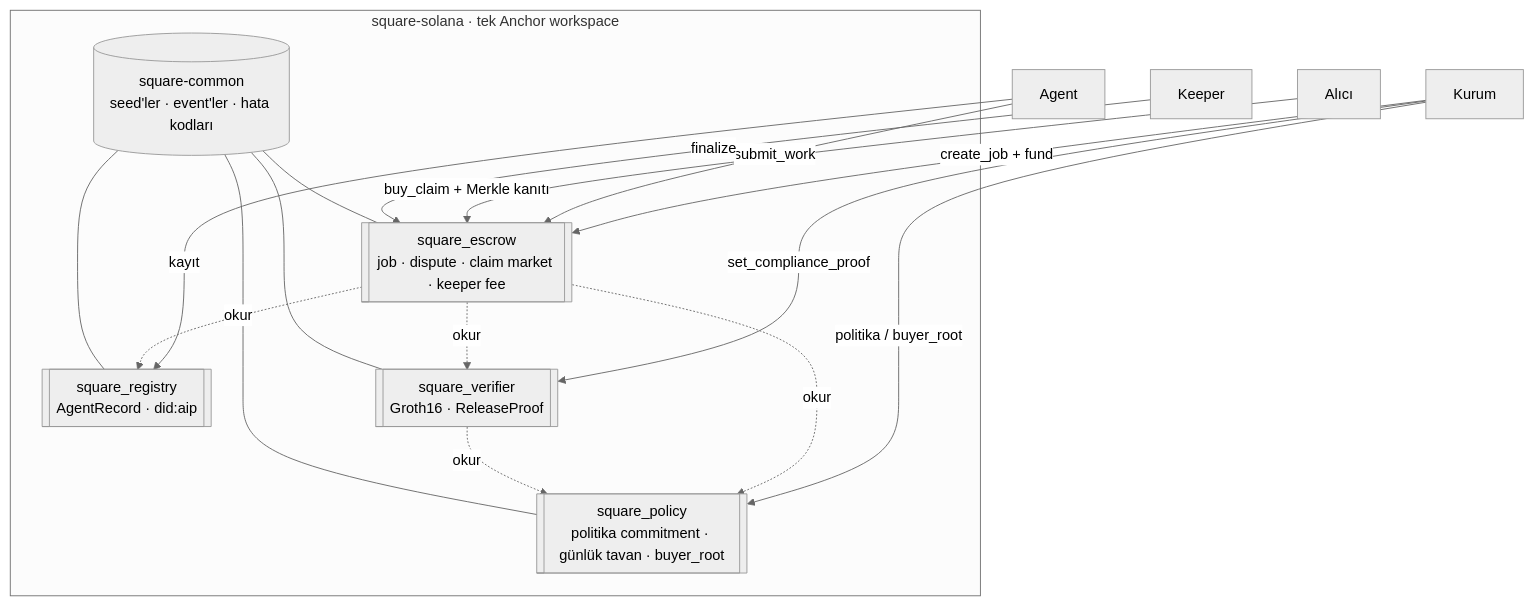
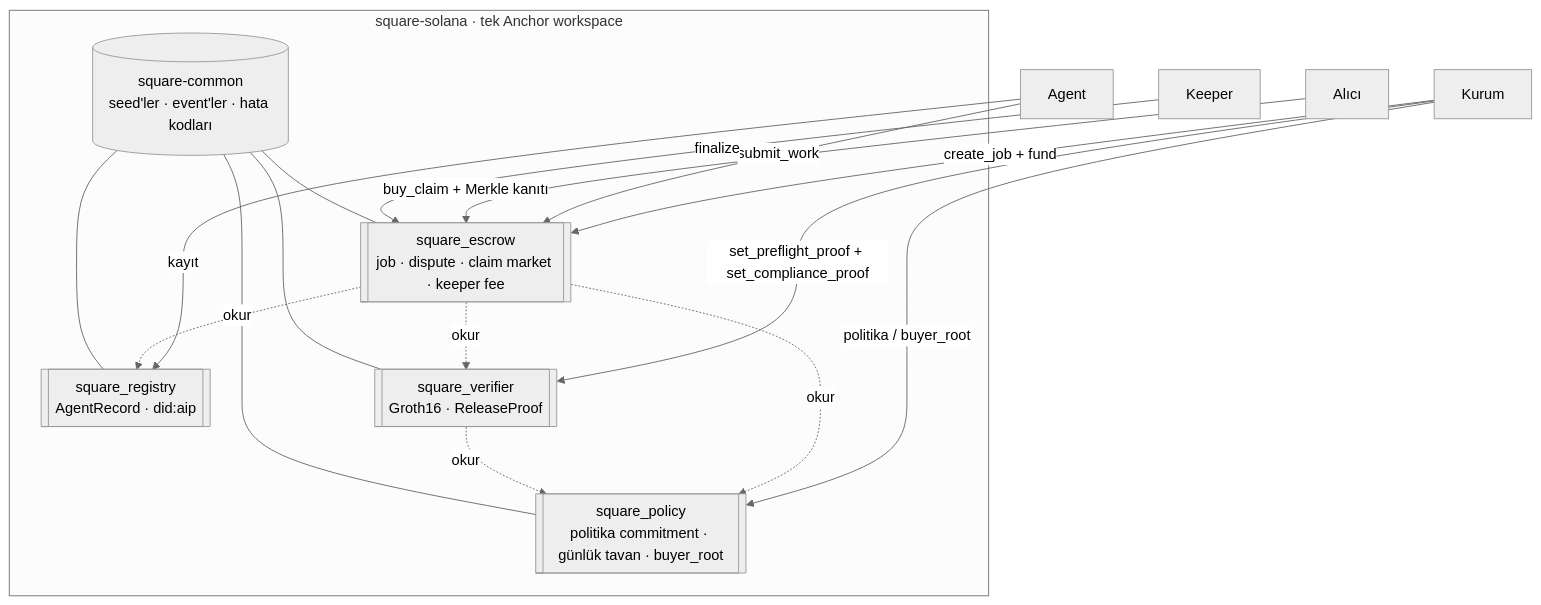
The diagram in README.md (wienerlabs/square-solana), drawn with Mermaid (neutral theme) before and after one commit. The commit also changed 13 other files, not shown here.

````diff
--- a/README.md
+++ b/README.md
@@ -47,20 +47,20 @@
 ```mermaid
 flowchart TB
   subgraph Square["square-solana · tek Anchor workspace"]
     REG[[square_registry<br/>AgentRecord · did:aip]]
     POL[[square_policy<br/>politika commitment · günlük tavan · buyer_root]]
     VER[[square_verifier<br/>Groth16 · ReleaseProof]]
     ESC[[square_escrow<br/>job · dispute · claim market · keeper fee]]
     COM[(square-common<br/>seed'ler · event'ler · hata kodları)]
   end
   I[Kurum] -- politika / buyer_root --> POL
   A[Agent] -- kayıt --> REG
   I -- create_job + fund --> ESC
   A -- submit_work --> ESC
   B[Alıcı] -- buy_claim + Merkle kanıtı --> ESC
-  I -- set_compliance_proof --> VER
+  I -- set_preflight_proof + set_compliance_proof --> VER
   K[Keeper] -- finalize --> ESC
   ESC -. okur .-> REG & POL & VER
   VER -. okur .-> POL
   COM --- REG & POL & VER & ESC
 ```
````
